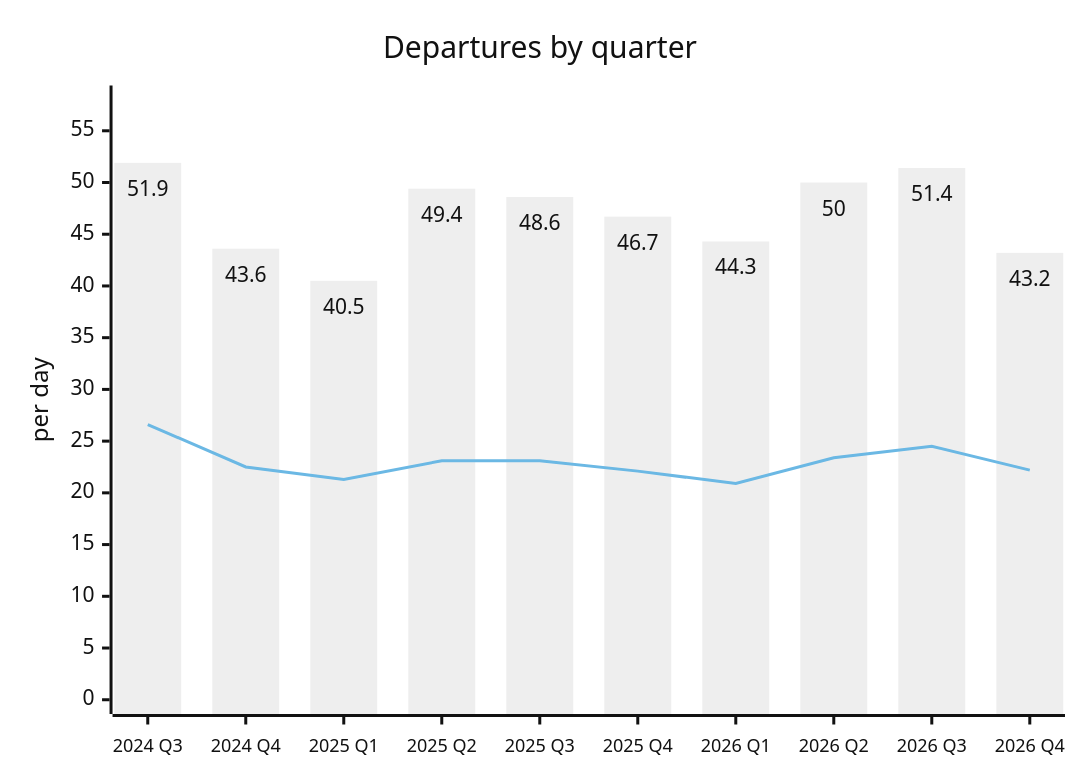
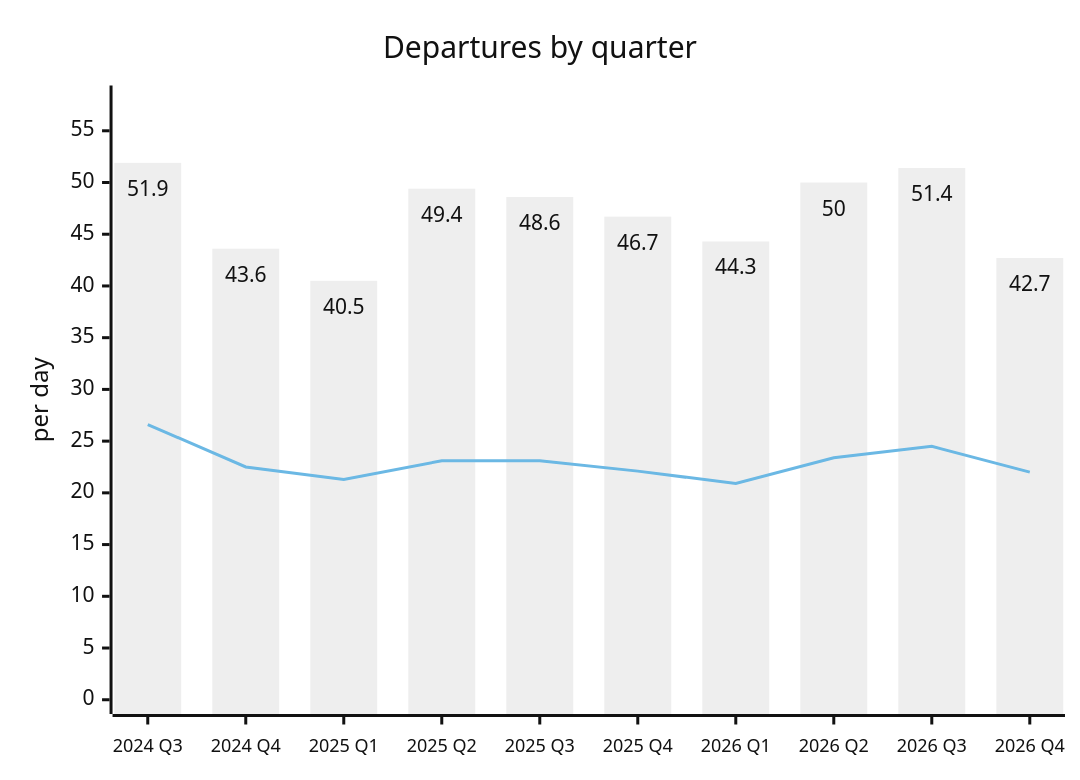
The second of 2 diagrams in README.md (rainermesi/tll-airport-departures), drawn with Mermaid (neutral theme) before and after one commit. The commit also changed other lines of this file and 3 other files, not shown here.

````diff
--- a/README.md
+++ b/README.md
@@ -82,15 +82,15 @@
 ```mermaid
 ---
 config:
   xyChart:
     showDataLabel: true
     xAxis:
       labelFontSize: 12
 ---
 xychart-beta
     title "Departures by quarter"
     x-axis ["2024 Q3", "2024 Q4", "2025 Q1", "2025 Q2", "2025 Q3", "2025 Q4", "2026 Q1", "2026 Q2", "2026 Q3", "2026 Q4"]
     y-axis "per day" 0 --> 58
-    bar [51.9, 43.6, 40.5, 49.4, 48.6, 46.7, 44.3, 50.0, 51.4, 43.2]
-    line [26.6, 22.5, 21.3, 23.1, 23.1, 22.1, 20.9, 23.4, 24.5, 22.2]
+    bar [51.9, 43.6, 40.5, 49.4, 48.6, 46.7, 44.3, 50.0, 51.4, 42.7]
+    line [26.6, 22.5, 21.3, 23.1, 23.1, 22.1, 20.9, 23.4, 24.5, 22.0]
 ```
````
